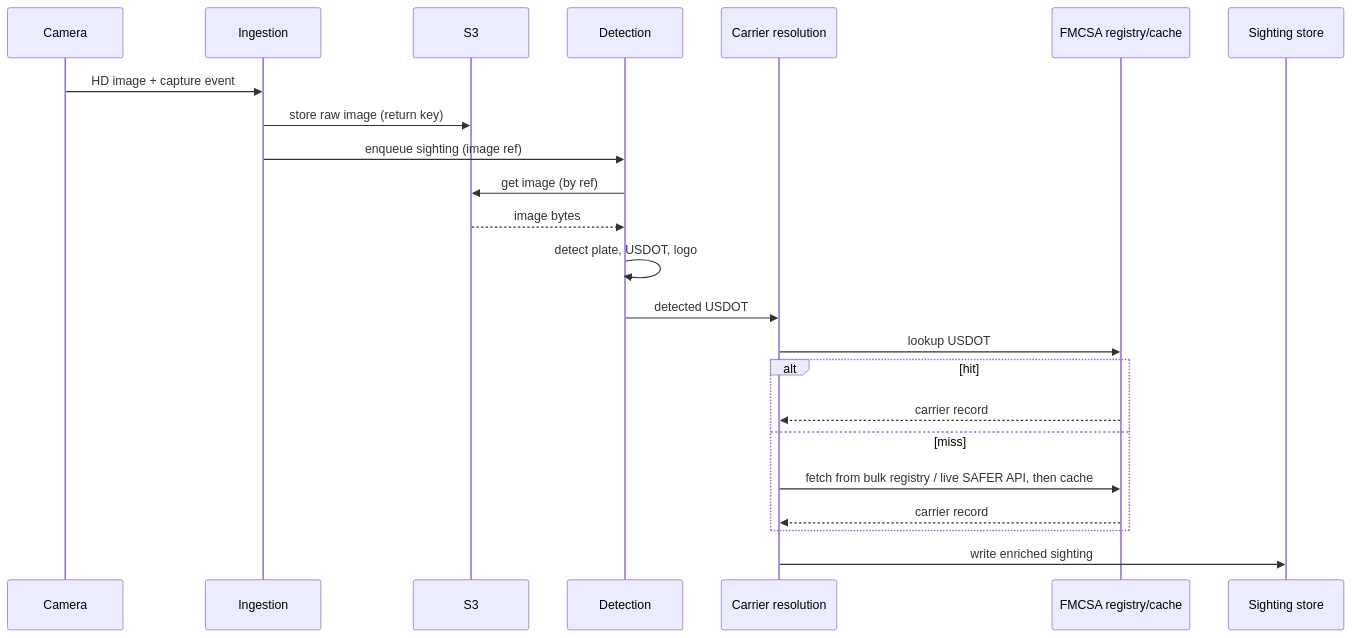
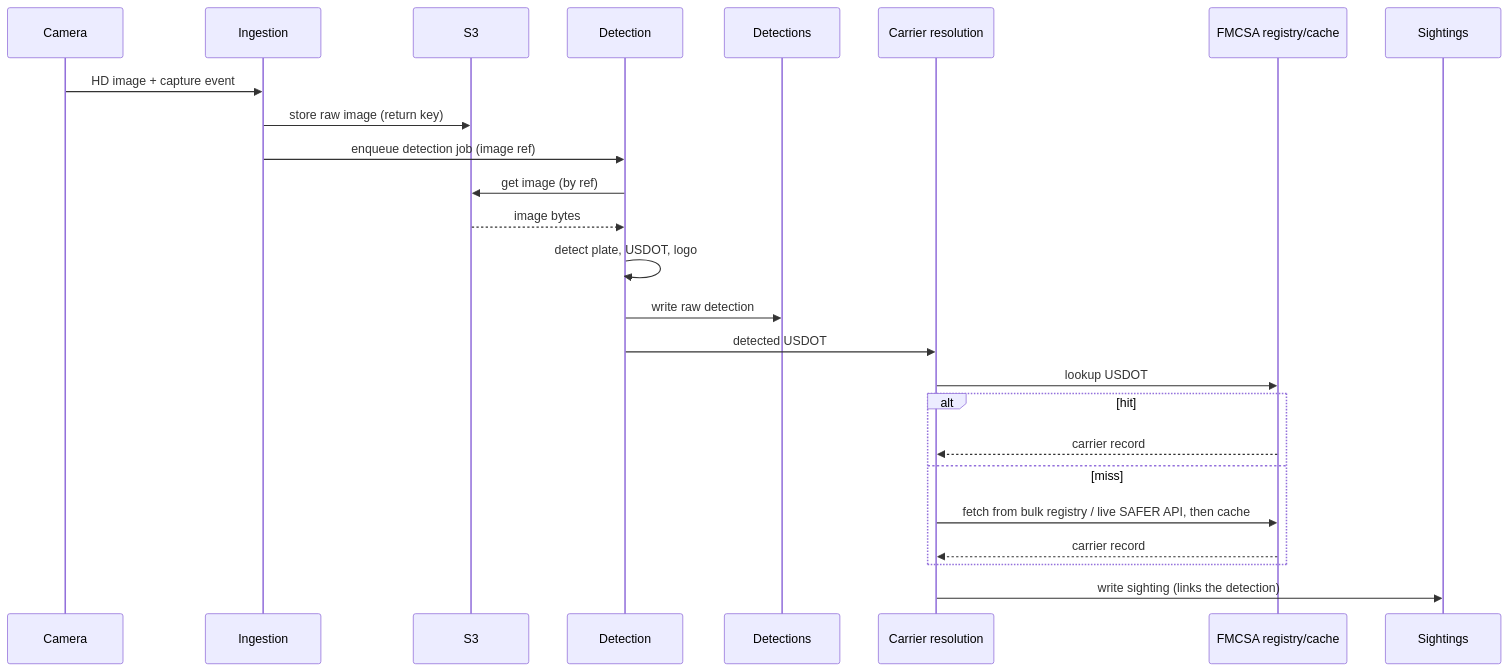
One commit to D4D-AI/genlogs-exercise changed the second of 5 diagrams in docs/ARCHITECTURE.md. Above: the diagram before and after it, drawn with Mermaid. The commit also changed other lines of this file and 1 other file, not shown here.

Commit message:
separate detections into detections + sightings

````diff
--- a/docs/ARCHITECTURE.md
+++ b/docs/ARCHITECTURE.md
@@ -68,25 +70,27 @@
 ```mermaid
 sequenceDiagram
   participant C as Camera
   participant I as Ingestion
   participant S3 as S3
   participant D as Detection
+  participant DT as Detections
   participant E as Carrier resolution
   participant R as FMCSA registry/cache
-  participant S as Sighting store
+  participant S as Sightings
   C->>I: HD image + capture event
   I->>S3: store raw image (return key)
-  I->>D: enqueue sighting (image ref)
+  I->>D: enqueue detection job (image ref)
   D->>S3: get image (by ref)
   S3-->>D: image bytes
   D->>D: detect plate, USDOT, logo
+  D->>DT: write raw detection
   D->>E: detected USDOT
   E->>R: lookup USDOT
   alt hit
     R-->>E: carrier record
   else miss
     E->>R: fetch from bulk registry / live SAFER API, then cache
     R-->>E: carrier record
   end
-  E->>S: write enriched sighting
+  E->>S: write sighting (links the detection)
 ```
````
